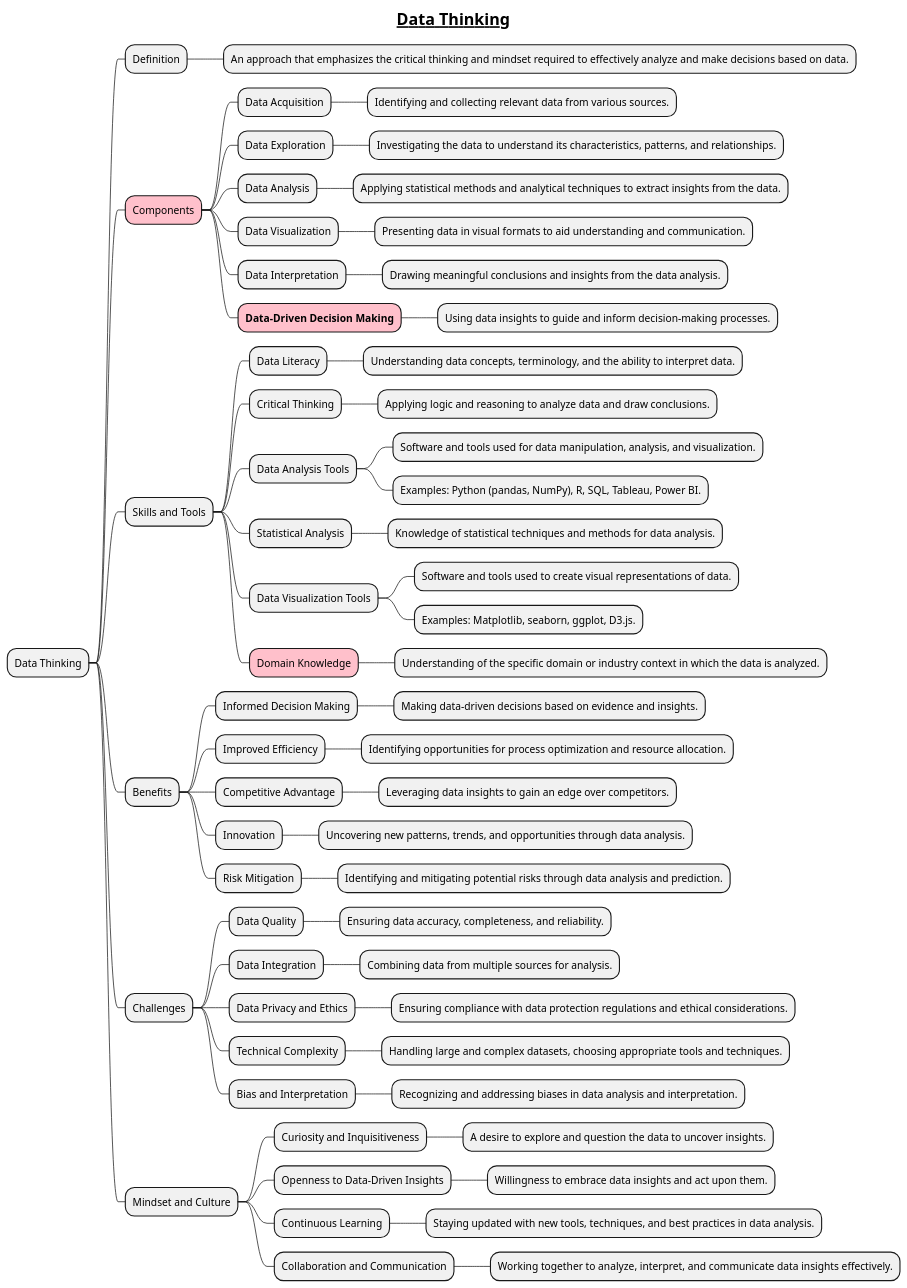
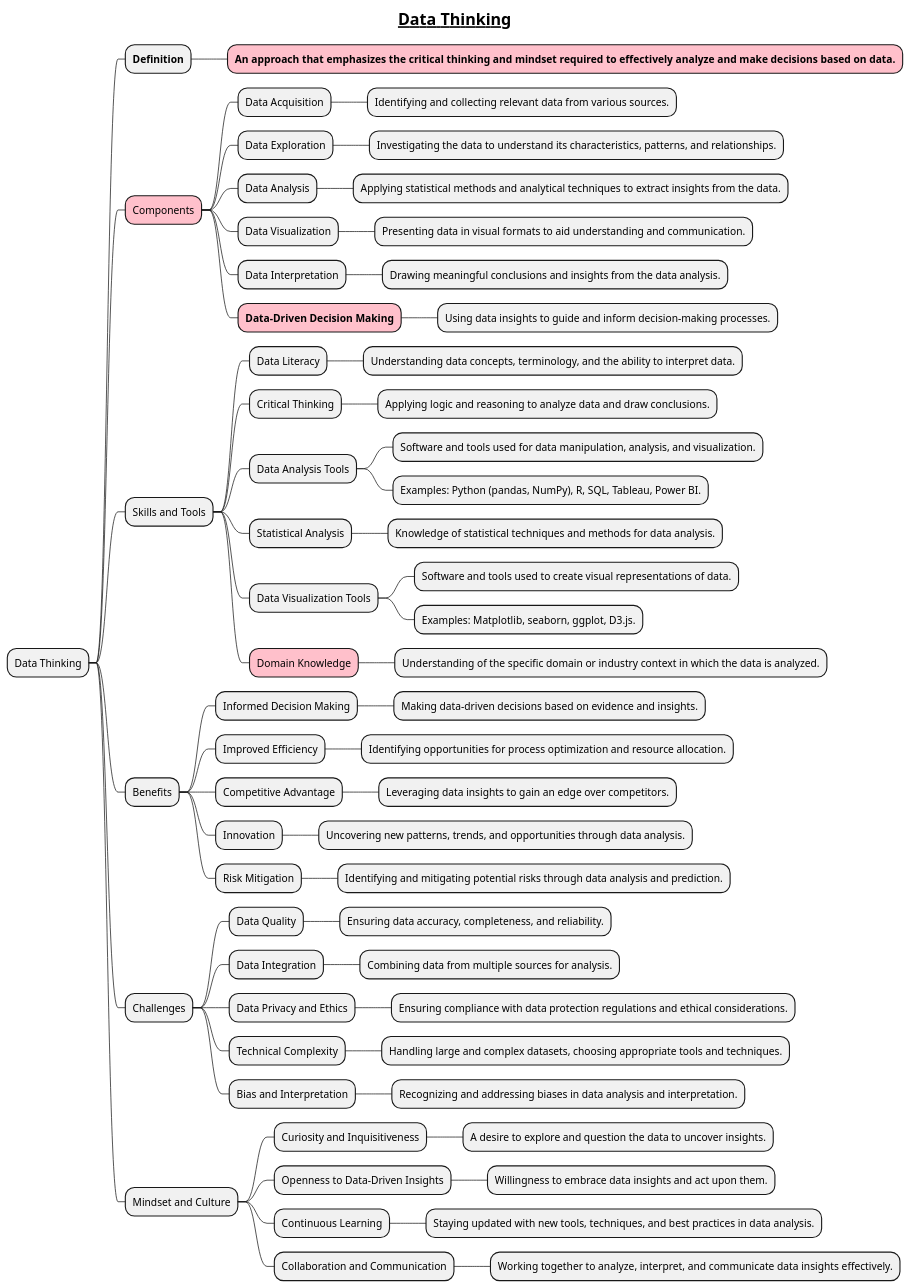
The diagram in docs/AI-ML- DL-Data-Science-and-BigData/Data-Thinking.puml (MehmoodHashmi/Documentation-as-Code-DaC), drawn with PlantUML before and after one commit.

Commit message:
added new mindmaps

```diff
--- a/docs/AI-ML- DL-Data-Science-and-BigData/Data-Thinking.puml
+++ b/docs/AI-ML- DL-Data-Science-and-BigData/Data-Thinking.puml
@@ -1,99 +1,99 @@
 @startmindmap
 title =__Data Thinking__
 
 * Data Thinking
 
-** Definition
-*** An approach that emphasizes the critical thinking and mindset required to effectively analyze and make decisions based on data.
+** **Definition**
+***[#pink] **An approach that emphasizes the critical thinking and mindset required to effectively analyze and make decisions based on data.**
 
 **[#pink] Components
 
 *** Data Acquisition
 **** Identifying and collecting relevant data from various sources.
 
 *** Data Exploration
 **** Investigating the data to understand its characteristics, patterns, and relationships.
 
 *** Data Analysis
 **** Applying statistical methods and analytical techniques to extract insights from the data.
 
 *** Data Visualization
 **** Presenting data in visual formats to aid understanding and communication.
 
 *** Data Interpretation
 **** Drawing meaningful conclusions and insights from the data analysis.
 
 ***[#pink] **Data-Driven Decision Making**
 **** Using data insights to guide and inform decision-making processes.
 
 ** Skills and Tools
 
 *** Data Literacy
 **** Understanding data concepts, terminology, and the ability to interpret data.
 
 *** Critical Thinking
 **** Applying logic and reasoning to analyze data and draw conclusions.
 
 *** Data Analysis Tools
 **** Software and tools used for data manipulation, analysis, and visualization.
 **** Examples: Python (pandas, NumPy), R, SQL, Tableau, Power BI.
 
 *** Statistical Analysis
 **** Knowledge of statistical techniques and methods for data analysis.
 
 *** Data Visualization Tools
 **** Software and tools used to create visual representations of data.
 **** Examples: Matplotlib, seaborn, ggplot, D3.js.
 
 ***[#pink] Domain Knowledge
 **** Understanding of the specific domain or industry context in which the data is analyzed.
 
 ** Benefits
 
 *** Informed Decision Making
 **** Making data-driven decisions based on evidence and insights.
 
 *** Improved Efficiency
 **** Identifying opportunities for process optimization and resource allocation.
 
 *** Competitive Advantage
 **** Leveraging data insights to gain an edge over competitors.
 
 *** Innovation
 **** Uncovering new patterns, trends, and opportunities through data analysis.
 
 *** Risk Mitigation
 **** Identifying and mitigating potential risks through data analysis and prediction.
 
 ** Challenges
 
 *** Data Quality
 **** Ensuring data accuracy, completeness, and reliability.
 
 *** Data Integration
 **** Combining data from multiple sources for analysis.
 
 *** Data Privacy and Ethics
 **** Ensuring compliance with data protection regulations and ethical considerations.
 
 *** Technical Complexity
 **** Handling large and complex datasets, choosing appropriate tools and techniques.
 
 *** Bias and Interpretation
 **** Recognizing and addressing biases in data analysis and interpretation.
 
 ** Mindset and Culture
 
 *** Curiosity and Inquisitiveness
 **** A desire to explore and question the data to uncover insights.
 
 *** Openness to Data-Driven Insights
 **** Willingness to embrace data insights and act upon them.
 
 *** Continuous Learning
 **** Staying updated with new tools, techniques, and best practices in data analysis.
 
 *** Collaboration and Communication
 **** Working together to analyze, interpret, and communicate data insights effectively.
 
 @endmindmap
```
